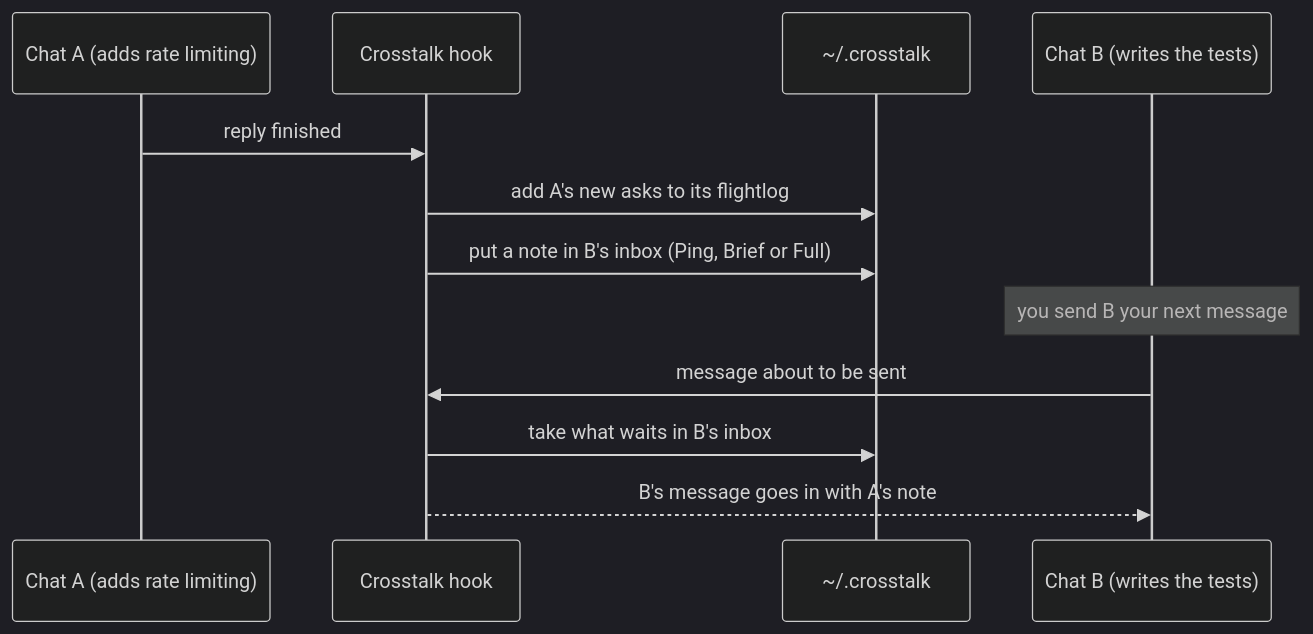
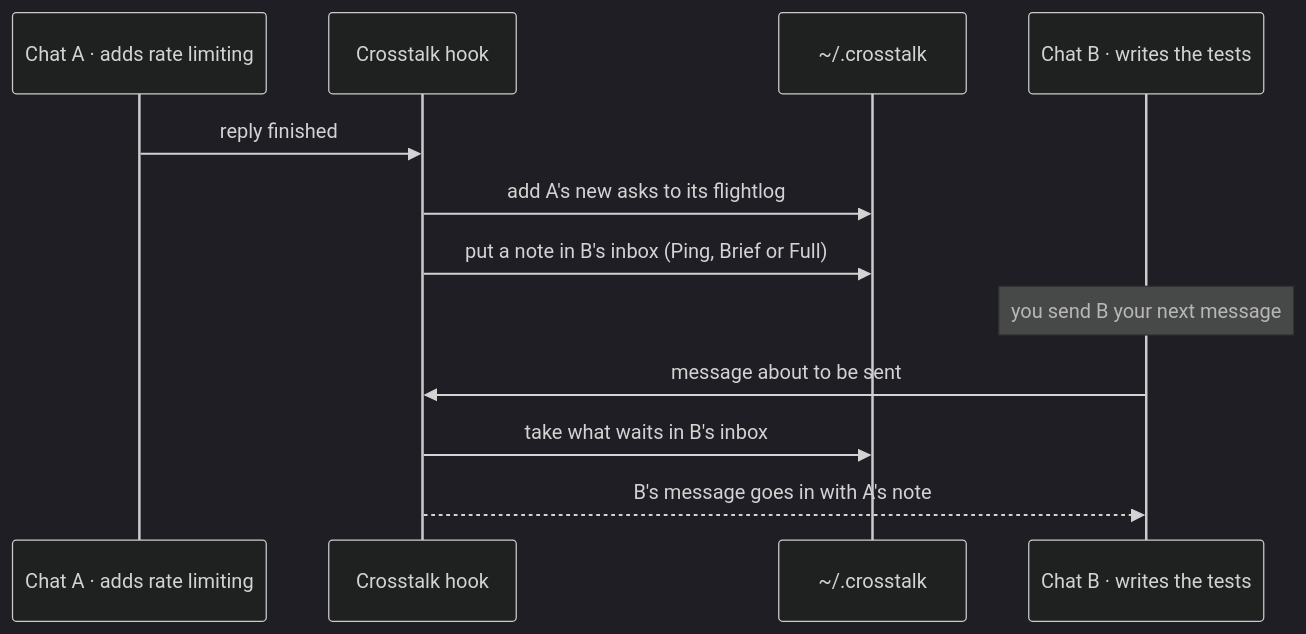
The second of 2 diagrams in README.md (HarshBaldaniya/crosstalk), drawn with Mermaid (dark theme) before and after one commit. The commit also changed other lines of this file and 7 other files, not shown here.

````diff
--- a/README.md
+++ b/README.md
@@ -81,14 +133,14 @@
 ```mermaid
 sequenceDiagram
-  participant A as Chat A (adds rate limiting)
+  participant A as Chat A · adds rate limiting
   participant H as Crosstalk hook
   participant L as ~/.crosstalk
-  participant B as Chat B (writes the tests)
+  participant B as Chat B · writes the tests
   A->>H: reply finished
   H->>L: add A's new asks to its flightlog
   H->>L: put a note in B's inbox (Ping, Brief or Full)
   Note over B: you send B your next message
   B->>H: message about to be sent
   H->>L: take what waits in B's inbox
   H-->>B: B's message goes in with A's note
 ```
````
